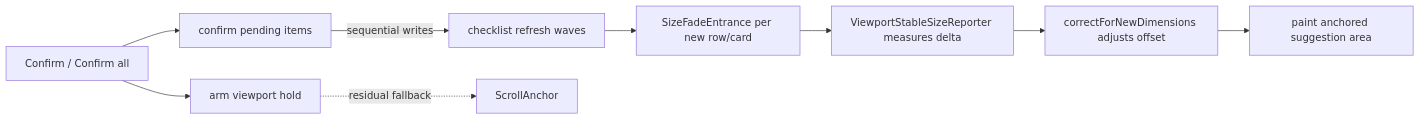
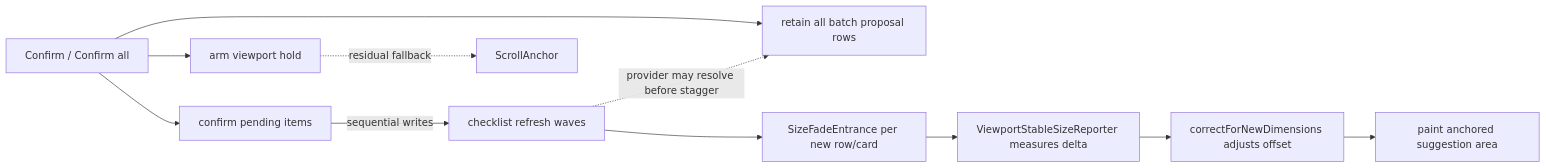
One commit to matthiasn/lotti changed the fourth of 14 diagrams in lib/features/tasks/README.md. Above: the diagram before and after it, drawn with Mermaid. The commit also changed other lines of this file and 5 other files, not shown here.

````diff
--- a/lib/features/tasks/README.md
+++ b/lib/features/tasks/README.md
@@ -224,11 +229,13 @@
   ```mermaid
   flowchart LR
     Tap[Confirm / Confirm all] --> Arm[arm viewport hold]
+    Tap --> Retain[retain all batch proposal rows]
     Tap --> Apply[confirm pending items]
     Apply -->|sequential writes| Refresh[checklist refresh waves]
+    Refresh -. provider may resolve before stagger .-> Retain
     Refresh --> Enter[SizeFadeEntrance per new row/card]
     Enter --> Report[ViewportStableSizeReporter measures delta]
     Report --> Layout[correctForNewDimensions adjusts offset]
     Layout --> Paint[paint anchored suggestion area]
     Arm -. residual fallback .-> Anchor[ScrollAnchor]
   ```
````
